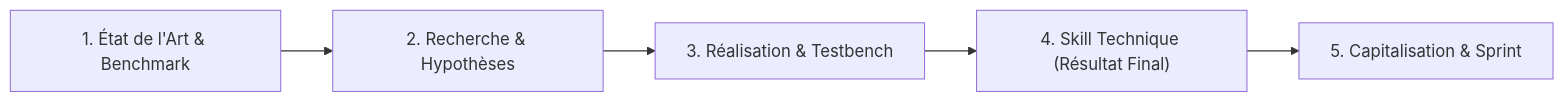
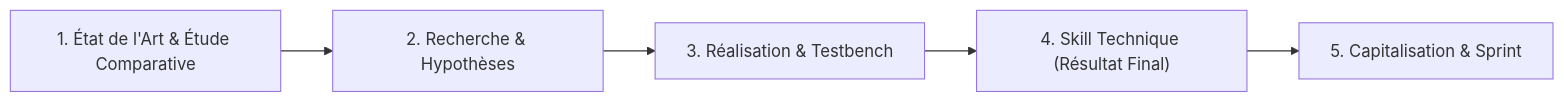
The diagram in docs/01-demarche-realisation-lab.md (labs-agent-dev/lab-skills-framework), drawn with Mermaid before and after one commit. The commit also changed other lines of this file and 11 other files, not shown here.

````diff
--- a/docs/01-demarche-realisation-lab.md
+++ b/docs/01-demarche-realisation-lab.md
@@ -4,7 +4,7 @@
 ```mermaid
 flowchart LR
-    A["1. État de l'Art & Benchmark"] --> B["2. Recherche & Hypothèses"]
+    A["1. État de l'Art & Étude Comparative"] --> B["2. Recherche & Hypothèses"]
     B --> C["3. Réalisation & Testbench"]
     D --> E["5. Capitalisation & Sprint"]
     C --> D["4. Skill Technique (Résultat Final)"]
 ```
````
